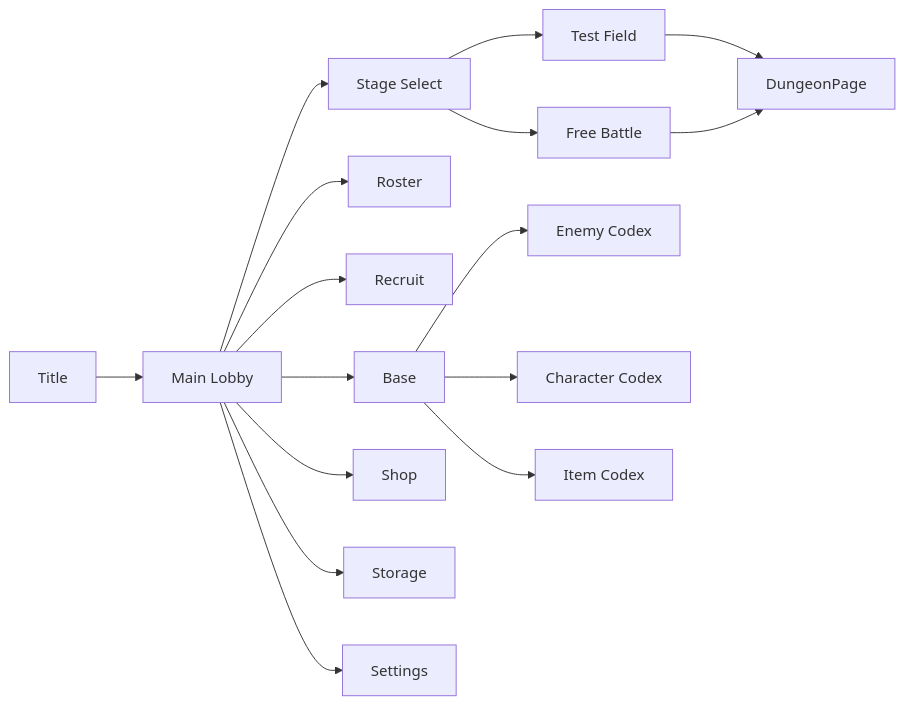
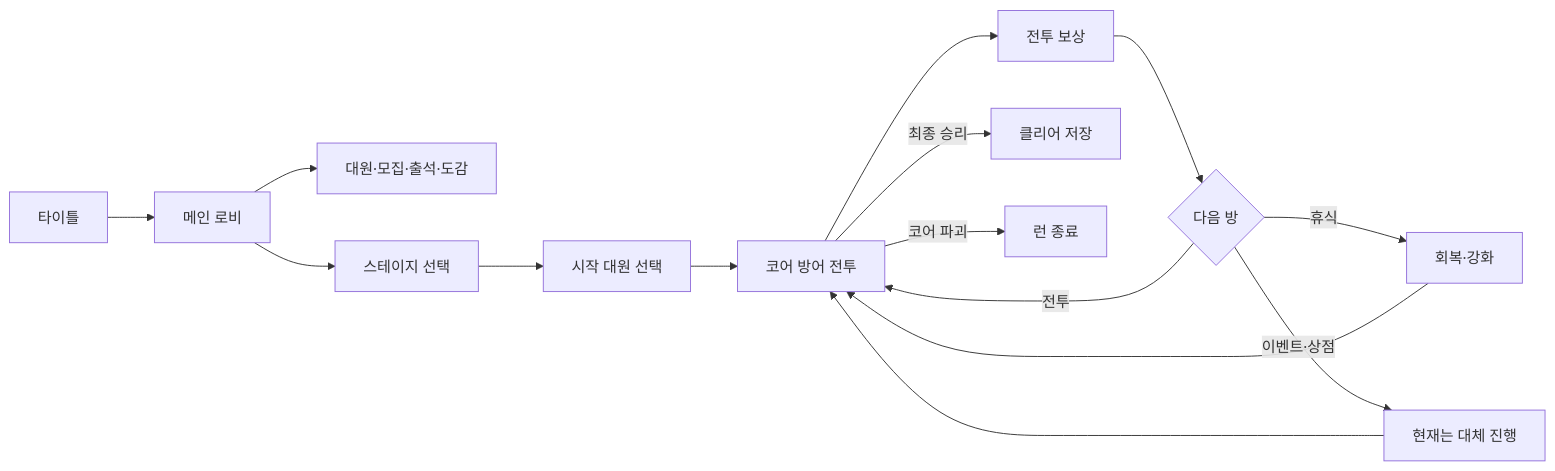
One commit to tsk04191/PS260714 changed the diagram in GAME_STRUCTURE.md. Above: the diagram before and after it, drawn with Mermaid. The commit also changed other lines of this file and 100 other files, not shown here.

````diff
--- a/GAME_STRUCTURE.md
+++ b/GAME_STRUCTURE.md
@@ -89,19 +48,17 @@
 ```mermaid
 flowchart LR
-    Title[Title] --> Main[Main Lobby]
-    Main --> Stage[Stage Select]
-    Stage --> Test[Test Field]
-    Stage --> Free[Free Battle]
-    Test --> Dungeon[DungeonPage]
-    Free --> Dungeon
-
-    Main --> Roster[Roster]
-    Main --> Recruit[Recruit]
-    Main --> Base[Base]
-    Main --> Shop[Shop]
-    Main --> Storage[Storage]
-    Base --> EnemyCodex[Enemy Codex]
-    Base --> CharacterCodex[Character Codex]
-    Base --> ItemCodex[Item Codex]
-    Main --> Settings[Settings]
+    Title[타이틀] --> Main[메인 로비]
+    Main --> Meta[대원·모집·출석·도감]
+    Main --> Stage[스테이지 선택]
+    Stage --> Start[시작 대원 선택]
+    Start --> Battle[코어 방어 전투]
+    Battle --> Reward[전투 보상]
+    Reward --> Room{다음 방}
+    Room -->|전투| Battle
+    Room -->|휴식| Rest[회복·강화]
+    Room -->|이벤트·상점| Fallback[현재는 대체 진행]
+    Rest --> Battle
+    Fallback --> Battle
+    Battle -->|최종 승리| Clear[클리어 저장]
+    Battle -->|코어 파괴| Defeat[런 종료]
 ```
````
